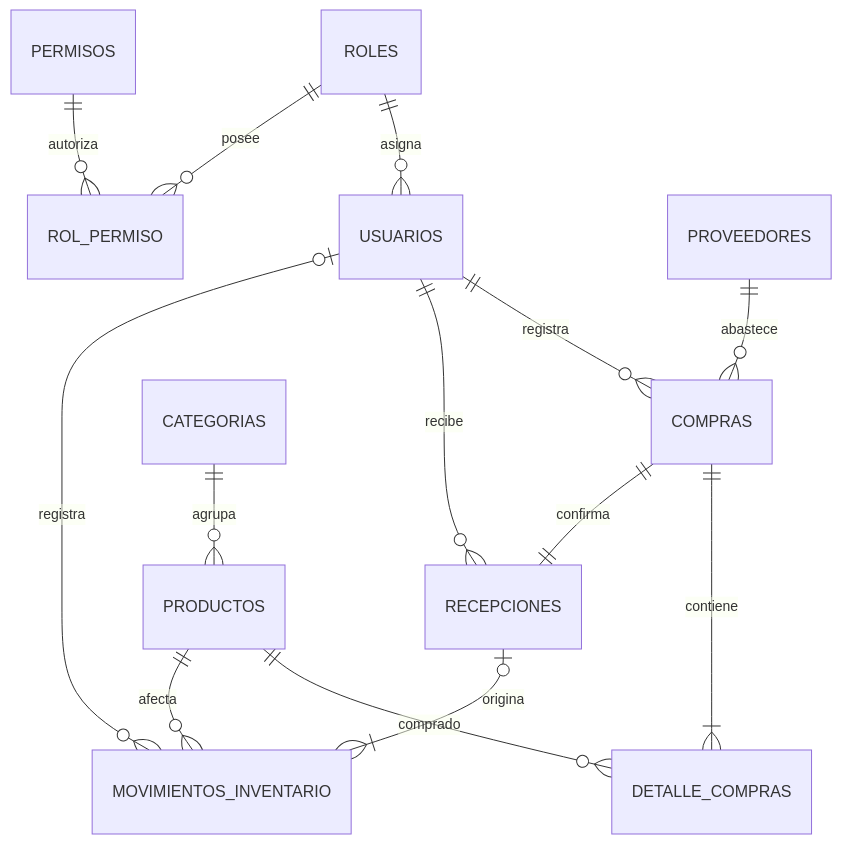
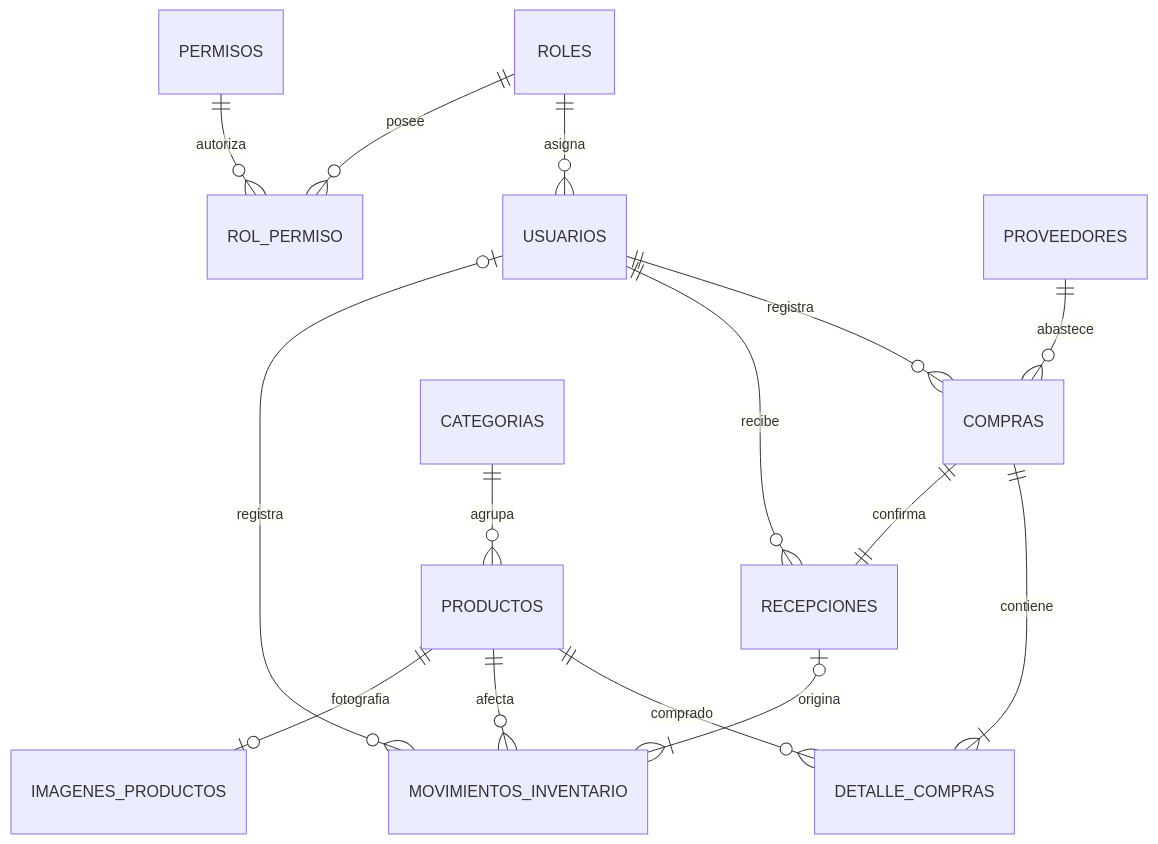
The third of 4 diagrams in docs/sprint2/MODELO_Y_DIAGRAMAS.md (yayayayayani/Libreria-La-Crayola-Gigante), drawn with Mermaid before and after one commit. The commit also changed other lines of this file and 57 other files, not shown here.

````diff
--- a/docs/sprint2/MODELO_Y_DIAGRAMAS.md
+++ b/docs/sprint2/MODELO_Y_DIAGRAMAS.md
@@ -49,16 +49,17 @@
 ```mermaid
 erDiagram
  ROLES ||--o{ USUARIOS : asigna
  ROLES ||--o{ ROL_PERMISO : posee
  PERMISOS ||--o{ ROL_PERMISO : autoriza
  PROVEEDORES ||--o{ COMPRAS : abastece
  USUARIOS ||--o{ COMPRAS : registra
  COMPRAS ||--|{ DETALLE_COMPRAS : contiene
  PRODUCTOS ||--o{ DETALLE_COMPRAS : comprado
  COMPRAS ||--|| RECEPCIONES : confirma
  USUARIOS ||--o{ RECEPCIONES : recibe
  RECEPCIONES |o--|{ MOVIMIENTOS_INVENTARIO : origina
  PRODUCTOS ||--o{ MOVIMIENTOS_INVENTARIO : afecta
  USUARIOS |o--o{ MOVIMIENTOS_INVENTARIO : registra
  CATEGORIAS ||--o{ PRODUCTOS : agrupa
+ PRODUCTOS ||--o| IMAGENES_PRODUCTOS : fotografia
 ```
````
